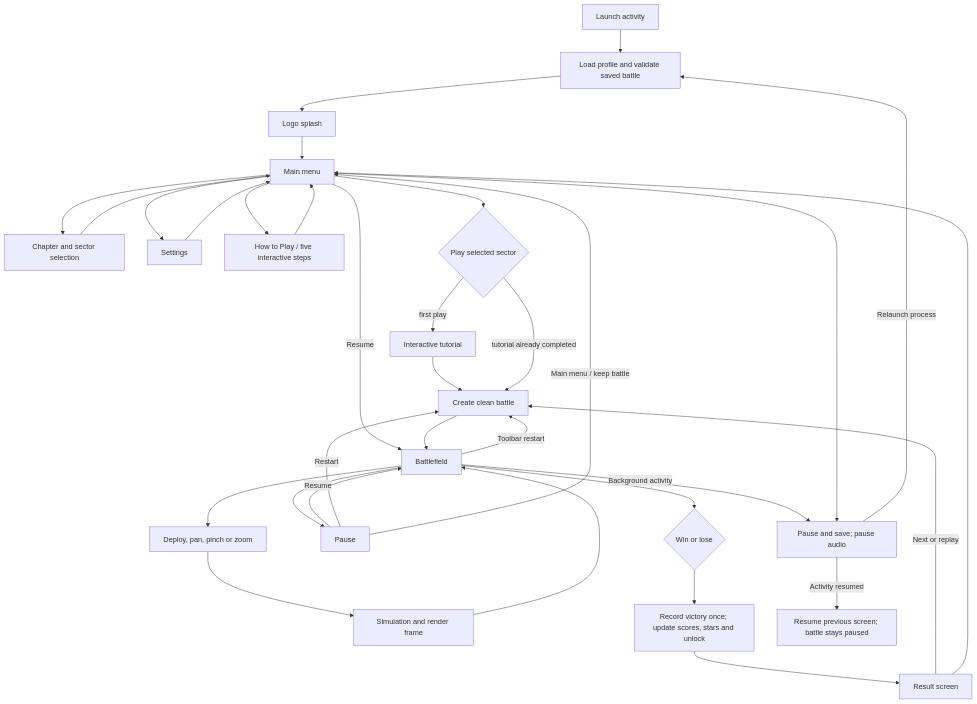
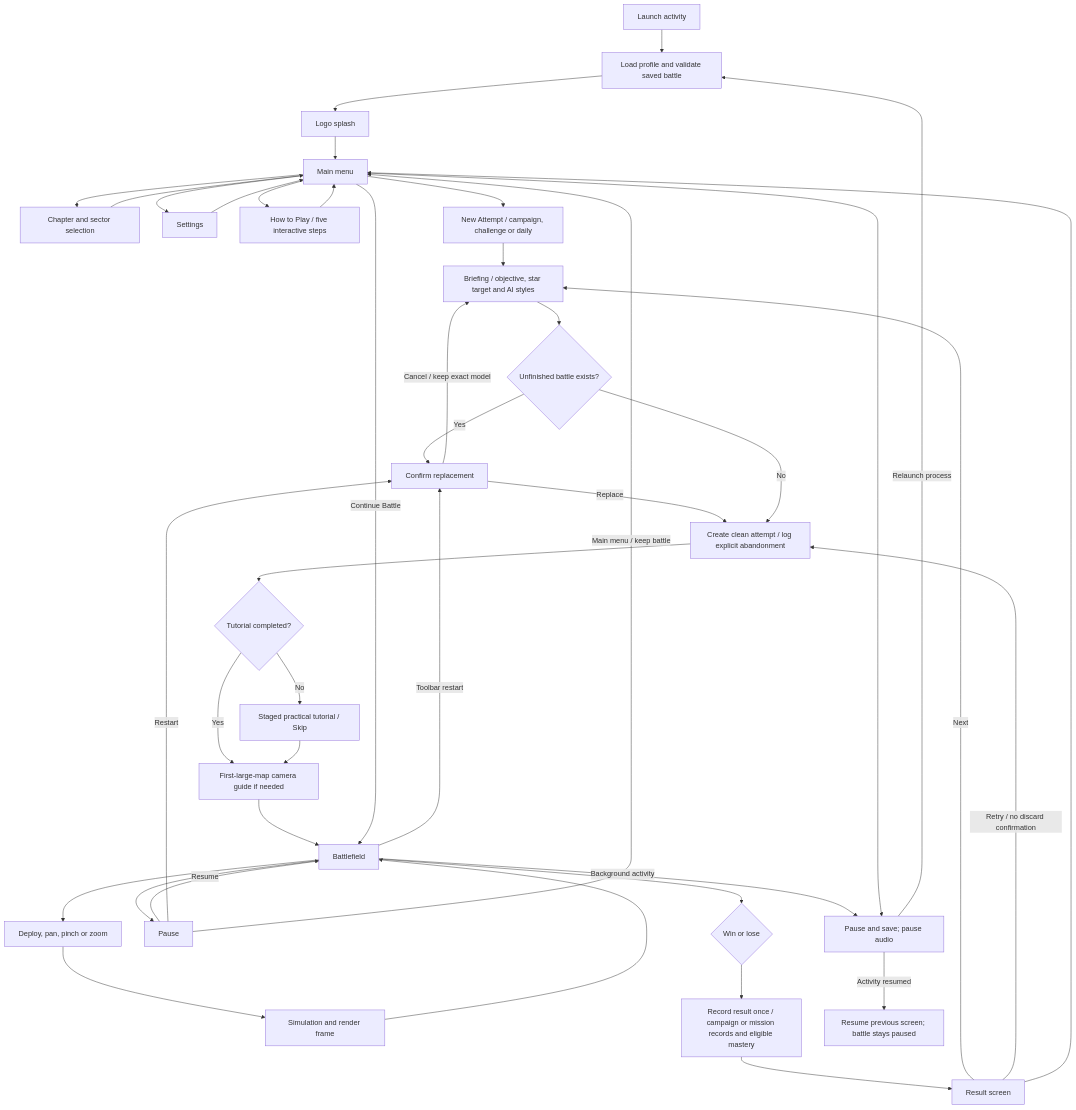
Before and after one commit to rohitashmathur/Frontline: the second of 3 diagrams in docs/architecture.md, drawn with Mermaid. The commit also changed other lines of this file and 41 other files, not shown here.

First line of the commit message:
Build Frontline V10: protected attempts, missions, daily and mastery

````diff
--- a/docs/architecture.md
+++ b/docs/architecture.md
@@ -48,35 +61,43 @@
 ```mermaid
 flowchart TD
     Launch[Launch activity] --> Load[Load profile and validate saved battle]
     Load --> Splash[Logo splash]
     Splash --> Menu[Main menu]
     Menu --> Select[Chapter and sector selection]
     Select --> Menu
     Menu --> Settings[Settings]
     Settings --> Menu
     Menu --> How[How to Play / five interactive steps]
     How --> Menu
-    Menu --> Play{Play selected sector}
-    Play -->|first play| Tutorial[Interactive tutorial]
-    Tutorial --> Start[Create clean battle]
-    Play -->|tutorial already completed| Start
-    Menu -->|Resume| Battle[Battlefield]
-    Start --> Battle
+    Menu --> Play[New Attempt / campaign, challenge or daily]
+    Play --> Brief[Briefing / objective, star target and AI styles]
+    Brief --> Replace{Unfinished battle exists?}
+    Replace -->|Yes| Confirm[Confirm replacement]
+    Confirm -->|Cancel / keep exact model| Brief
+    Confirm -->|Replace| Start[Create clean attempt / log explicit abandonment]
+    Replace -->|No| Start
+    Start --> First{Tutorial completed?}
+    First -->|No| Tutorial[Staged practical tutorial / Skip]
+    First -->|Yes| Guide[First-large-map camera guide if needed]
+    Tutorial --> Guide
+    Guide --> Battle[Battlefield]
+    Menu -->|Continue Battle| Battle
     Battle --> Input[Deploy, pan, pinch or zoom]
     Input --> Frame[Simulation and render frame]
     Frame --> Battle
     Battle --> Pause[Pause]
     Pause -->|Resume| Battle
-    Pause -->|Restart| Start
-    Battle -->|Toolbar restart| Start
+    Pause -->|Restart| Confirm
+    Battle -->|Toolbar restart| Confirm
     Pause -->|Main menu / keep battle| Menu
     Battle --> End{Win or lose}
-    End --> Record[Record victory once; update scores, stars and unlock]
+    End --> Record[Record result once / campaign or mission records and eligible mastery]
     Record --> Result[Result screen]
-    Result -->|Next or replay| Start
+    Result -->|Next| Brief
+    Result -->|Retry / no discard confirmation| Start
     Result --> Menu
     Battle -->|Background activity| Save[Pause and save; pause audio]
     Menu --> Save
     Save -->|Relaunch process| Load
     Save -->|Activity resumed| Previous[Resume previous screen; battle stays paused]
 ```
````
